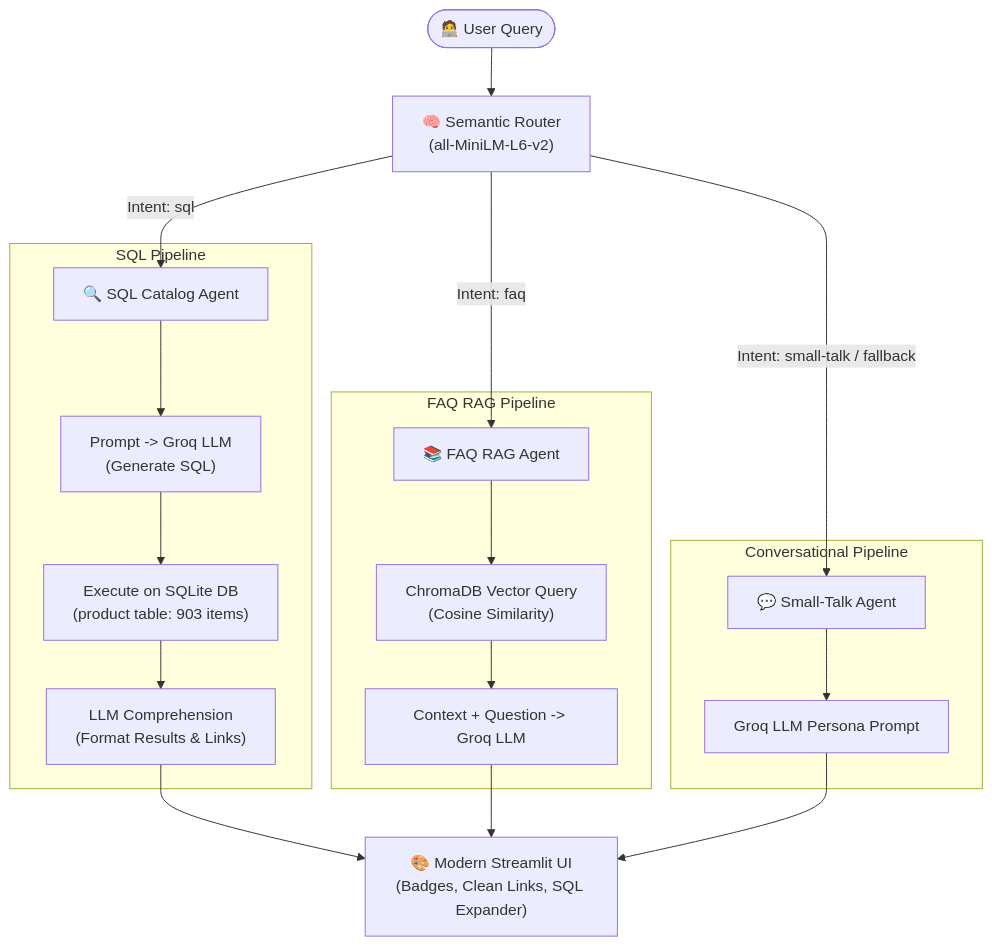
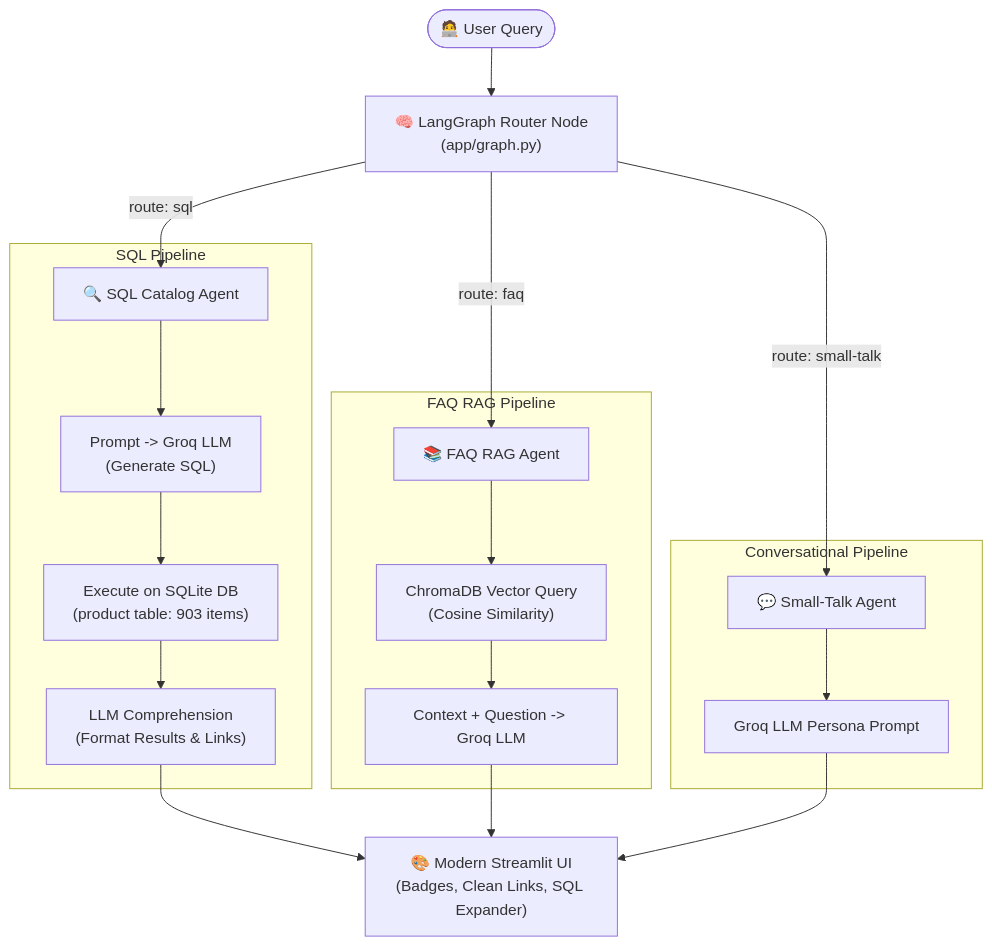
Before and after one commit to yogeshwaran-cse/ShopGenie-Ecom-AI-Assistant: the diagram in README.md, drawn with Mermaid. The commit also changed other lines of this file and 15 other files, not shown here.

````diff
--- a/README.md
+++ b/README.md
@@ -24,27 +25,27 @@
 ```mermaid
 flowchart TD
-    User([🧑‍💻 User Query]) --> Router["🧠 Semantic Router<br/>(all-MiniLM-L6-v2)"]
+    User([🧑‍💻 User Query]) --> Router["🧠 LangGraph Router Node<br/>(app/graph.py)"]
     
-    Router -->|Intent: sql| SQLAgent["🔍 SQL Catalog Agent"]
-    Router -->|Intent: faq| FAQAgent["📚 FAQ RAG Agent"]
-    Router -->|Intent: small-talk / fallback| TalkAgent["💬 Small-Talk Agent"]
+    Router -->|route: sql| SQLAgent["🔍 SQL Catalog Agent"]
+    Router -->|route: faq| FAQAgent["📚 FAQ RAG Agent"]
+    Router -->|route: small-talk| TalkAgent["💬 Small-Talk Agent"]
     
     subgraph SQL Pipeline
         SQLAgent --> GenSQL["Prompt -> Groq LLM<br/>(Generate SQL)"]
         GenSQL --> ExecSQL["Execute on SQLite DB<br/>(product table: 903 items)"]
         ExecSQL --> CompSQL["LLM Comprehension<br/>(Format Results & Links)"]
     end
     
     subgraph FAQ RAG Pipeline
         FAQAgent --> ChromaQuery["ChromaDB Vector Query<br/>(Cosine Similarity)"]
         ChromaQuery --> GenFAQ["Context + Question -> Groq LLM"]
     end
     
     subgraph Conversational Pipeline
         TalkAgent --> GenTalk["Groq LLM Persona Prompt"]
     end
 
     CompSQL --> UI["🎨 Modern Streamlit UI<br/>(Badges, Clean Links, SQL Expander)"]
     GenFAQ --> UI
     GenTalk --> UI
 ```
````
